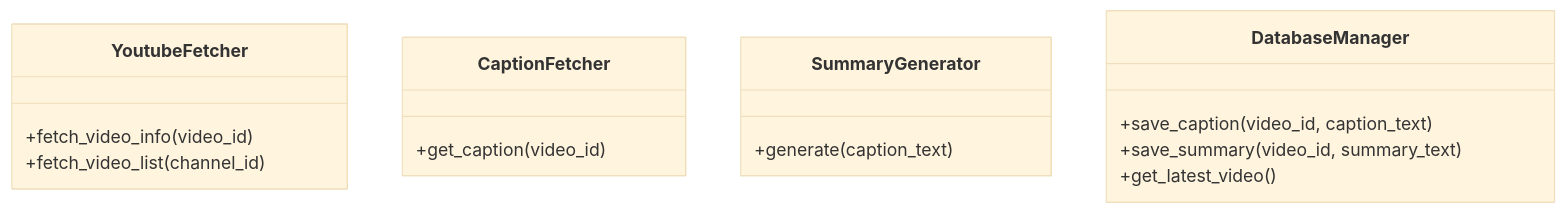
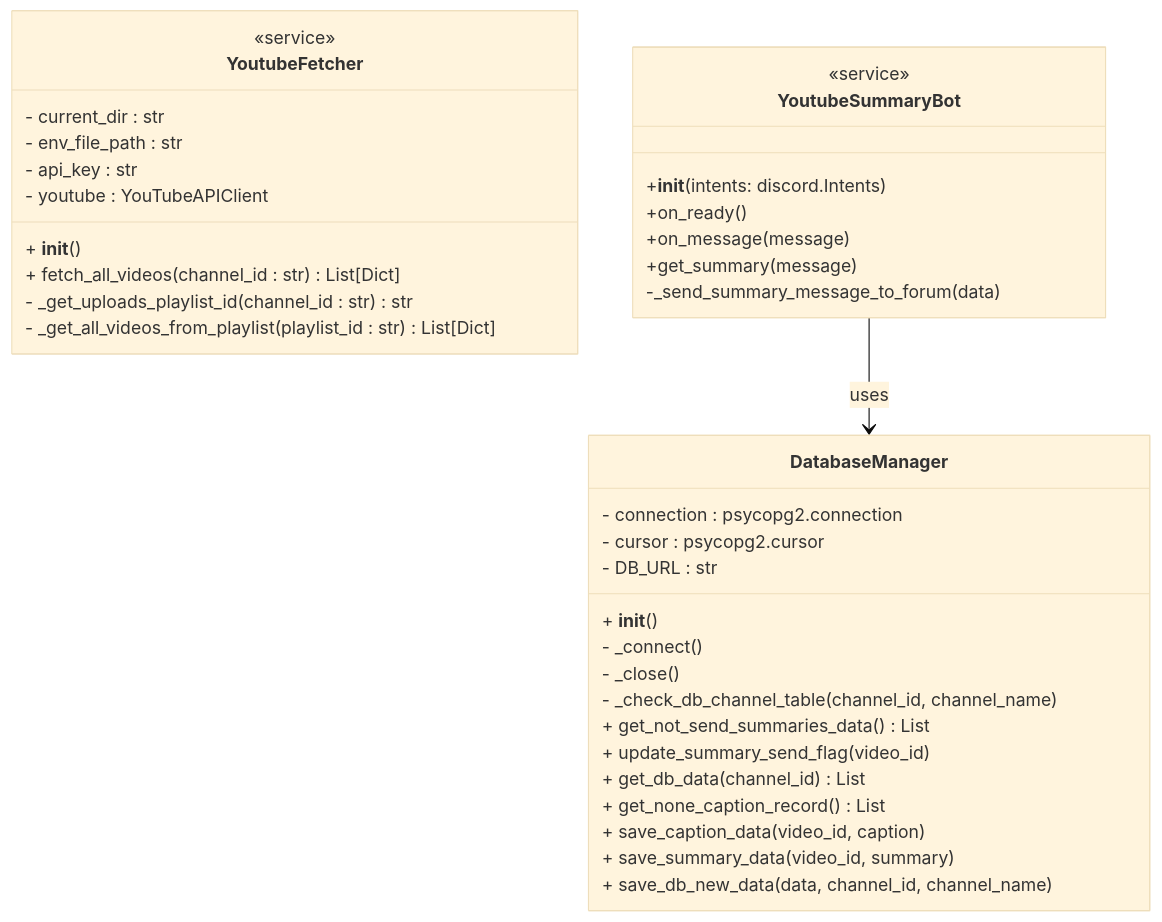
Before and after one commit to hoshimins/youtube_summary_bot: the diagram in document/class.md, drawn with Mermaid (base theme). The commit also changed 3 other files, not shown here.

````diff
--- a/document/class.md
+++ b/document/class.md
@@ -1,21 +1,49 @@
 ```mermaid
 classDiagram
     class YoutubeFetcher {
-        +fetch_video_info(video_id)
-        +fetch_video_list(channel_id)
+        <<service>>
+        - current_dir : str
+        - env_file_path : str
+        - api_key : str
+        - youtube : YouTubeAPIClient
+
+        + __init__()
+        + fetch_all_videos(channel_id : str) List[Dict]
+        - _get_uploads_playlist_id(channel_id : str) str
+        - _get_all_videos_from_playlist(playlist_id : str) List[Dict]
     }
 
-    class CaptionFetcher {
-        +get_caption(video_id)
+    class YoutubeSummaryBot {
+        <<service>>
+        +__init__(intents: discord.Intents)
+        +on_ready()
+        +on_message(message)
+        +get_summary(message)
+        -_send_summary_message_to_forum(data)
     }
 
-    class SummaryGenerator {
-        +generate(caption_text)
+
+    class DatabaseManager {
+        - connection : psycopg2.connection
+        - cursor : psycopg2.cursor
+        - DB_URL : str
+
+        + __init__()
+        - _connect()
+        - _close()
+        - _check_db_channel_table(channel_id, channel_name)
+        
+        + get_not_send_summaries_data() List
+        + update_summary_send_flag(video_id)
+        + get_db_data(channel_id) List
+        + get_none_caption_record() List
+        + save_caption_data(video_id, caption)
+        + save_summary_data(video_id, summary)
+        + save_db_new_data(data, channel_id, channel_name)
     }
 
-    class DatabaseManager {
-        +save_caption(video_id, caption_text)
-        +save_summary(video_id, summary_text)
-        +get_latest_video()
-    }
+
+
+
+    YoutubeSummaryBot --> DatabaseManager : uses
 ```
````
